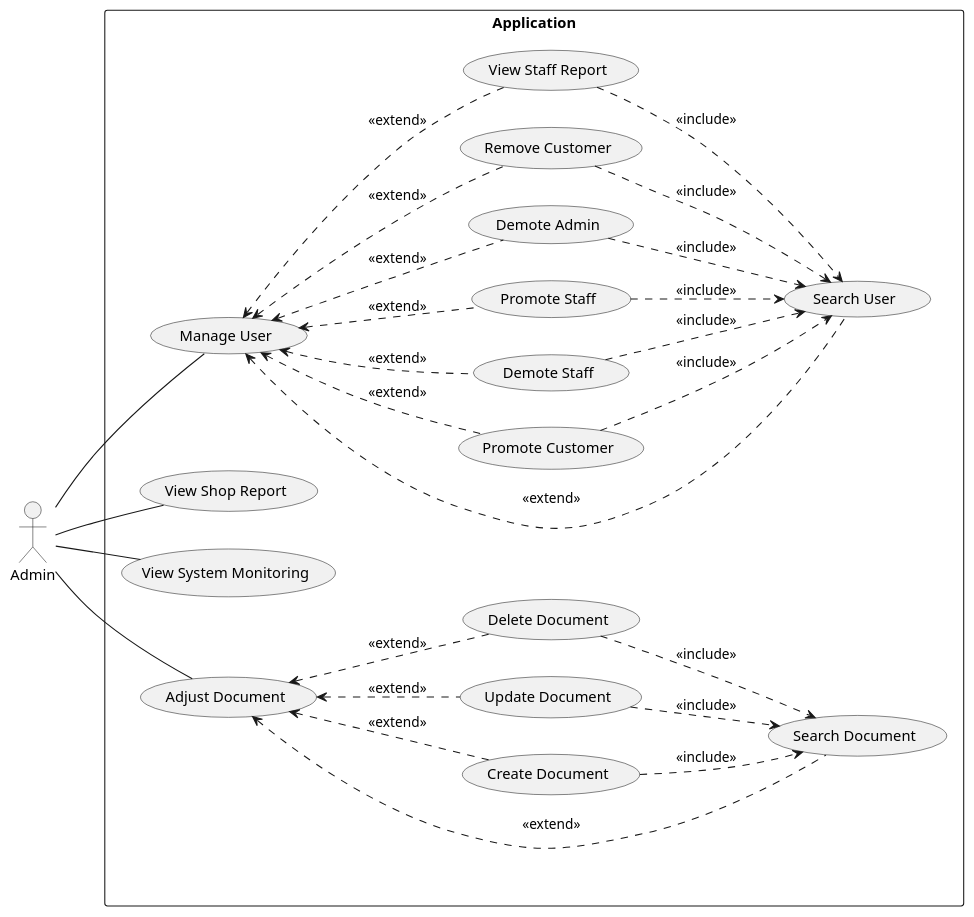
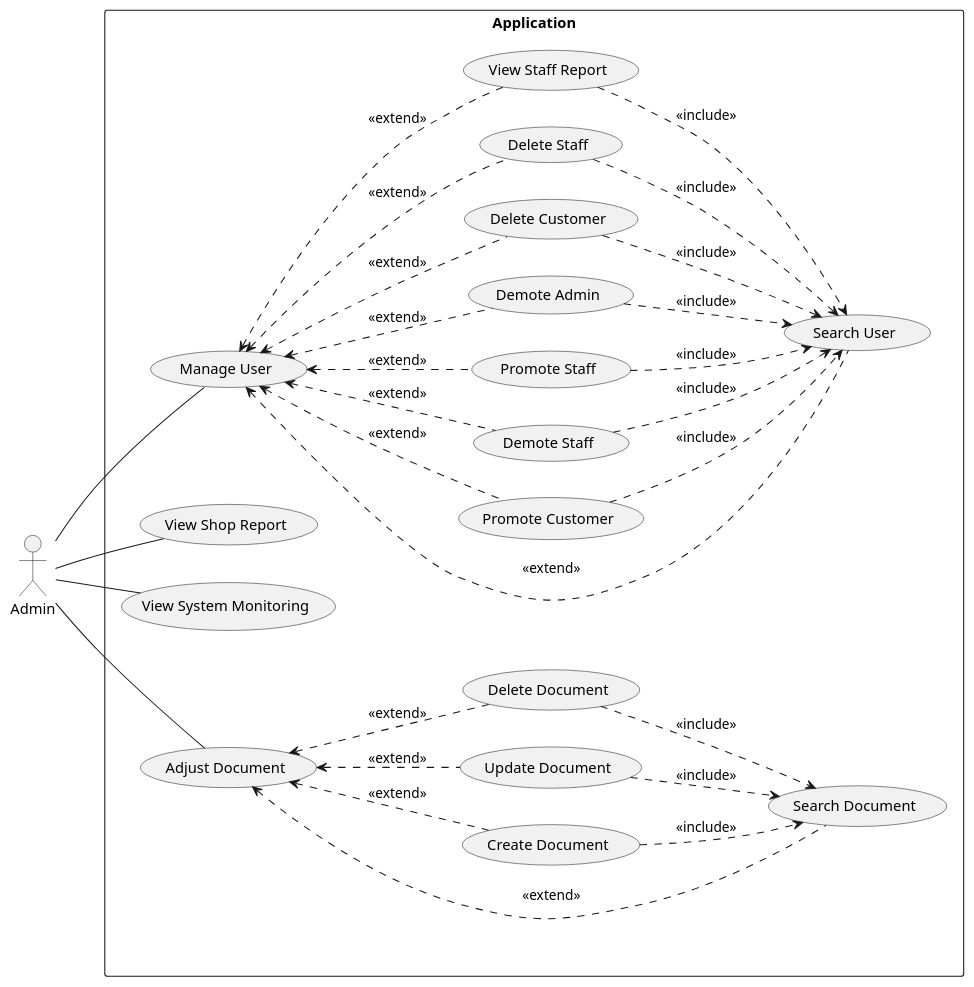
Before and after one commit to electricilies/electricilies.github.io: the diagram in docs/docs/use-case/admin.md, drawn with PlantUML. The commit also changed 20 other files, not shown here.

````diff
--- a/docs/docs/use-case/admin.md
+++ b/docs/docs/use-case/admin.md
@@ -3,51 +3,54 @@
 ```plantuml
 @startuml
 left to right direction
 actor Admin
 
 rectangle "Application" {
   usecase UC01 as "Manage User"
   usecase UC02 as "Search User"
   usecase UC03 as "Promote Customer"
   usecase UC04 as "Demote Staff"
   usecase UC05 as "Promote Staff"
   usecase UC06 as "Demote Admin"
-  usecase UC07 as "Remove Customer"
-  usecase UC08 as "View Staff Report"
-  usecase UC09 as "View Shop Report"
-  usecase UC10 as "View System Monitoring"
-  usecase UC11 as "Adjust Document"
-  usecase UC12 as "Search Document"
-  usecase UC13 as "Create Document"
-  usecase UC14 as "Update Document"
-  usecase UC15 as "Delete Document"
+  usecase UC07 as "Delete Customer"
+  usecase UC08 as "Delete Staff"
+  usecase UC09 as "View Staff Report"
+  usecase UC10 as "View Shop Report"
+  usecase UC11 as "View System Monitoring"
+  usecase UC12 as "Adjust Document"
+  usecase UC13 as "Search Document"
+  usecase UC14 as "Create Document"
+  usecase UC15 as "Update Document"
+  usecase UC16 as "Delete Document"
 }
 
 Admin -- UC01
-Admin -- UC09
 Admin -- UC10
 Admin -- UC11
+Admin -- UC12
 
 UC01 <.. UC02 : <<extend>>
 UC01 <.. UC03 : <<extend>>
 UC01 <.. UC04 : <<extend>>
 UC01 <.. UC05 : <<extend>>
 UC01 <.. UC06 : <<extend>>
 UC01 <.. UC07 : <<extend>>
 UC01 <.. UC08 : <<extend>>
+UC01 <.. UC09 : <<extend>>
 UC03 ..> UC02 : <<include>>
 UC04 ..> UC02 : <<include>>
 UC05 ..> UC02 : <<include>>
 UC06 ..> UC02 : <<include>>
 UC07 ..> UC02 : <<include>>
 UC08 ..> UC02 : <<include>>
-UC11 <.. UC12 : <<extend>>
-UC11 <.. UC13 : <<extend>>
-UC11 <.. UC14 : <<extend>>
-UC11 <.. UC15 : <<extend>>
-UC13 ..> UC12 : <<include>>
-UC14 ..> UC12 : <<include>>
-UC15 ..> UC12 : <<include>>
+UC09 ..> UC02 : <<include>>
+UC12 <.. UC13 : <<extend>>
+UC12 <.. UC14 : <<extend>>
+UC12 <.. UC15 : <<extend>>
+UC12 <.. UC16 : <<extend>>
+UC14 ..> UC13 : <<include>>
+UC15 ..> UC13 : <<include>>
+UC16 ..> UC13 : <<include>>
 
 @enduml
 ```
````
